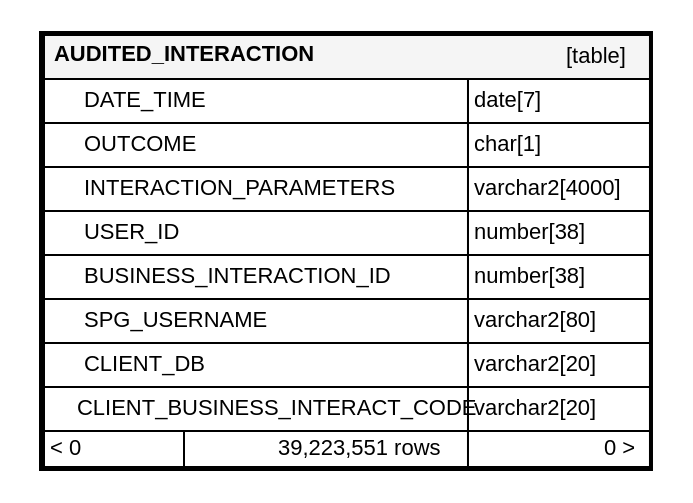
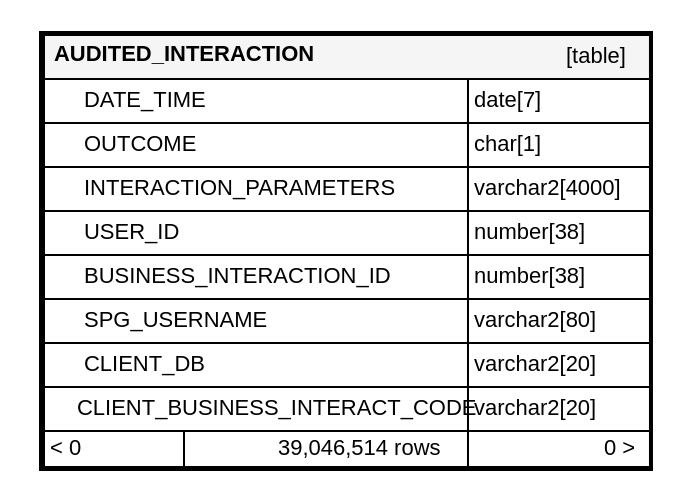
Before and after one commit to ministryofjustice/hmpps-probation-integration-services: the diagram in schema-spy-report/diagrams/orphans/AUDITED_INTERACTION.1degree.dot, drawn with Graphviz. The commit also changed 96 other files, not shown here.

```diff
--- a/schema-spy-report/diagrams/orphans/AUDITED_INTERACTION.1degree.dot
+++ b/schema-spy-report/diagrams/orphans/AUDITED_INTERACTION.1degree.dot
@@ -1,37 +1,37 @@
 digraph "AUDITED_INTERACTION" {
   graph [
     rankdir="RL"
     bgcolor="#ffffff"
     nodesep="0.18"
     ranksep="0.46"
     fontname="Helvetica"
     fontsize="11"
     ration="compress"
   ];
   node [
     fontname="Helvetica"
     fontsize="11"
     shape="plaintext"
   ];
   edge [
     arrowsize="0.8"
   ];
   "AUDITED_INTERACTION" [
    label=<
     <TABLE BORDER="2" CELLBORDER="1" CELLSPACING="0" BGCOLOR="#ffffff">
       <TR><TD COLSPAN="4"  BGCOLOR="#f5f5f5"><TABLE BORDER="0" CELLSPACING="0"><TR><TD ALIGN="LEFT"><B>AUDITED_INTERACTION</B></TD><TD ALIGN="RIGHT">[table]</TD></TR></TABLE></TD></TR>
       <TR><TD PORT="DATE_TIME" COLSPAN="2" ALIGN="LEFT"><TABLE BORDER="0" CELLSPACING="0" ALIGN="LEFT"><TR ALIGN="LEFT"><TD ALIGN="LEFT" FIXEDSIZE="TRUE" WIDTH="15" HEIGHT="16"></TD><TD ALIGN="LEFT" FIXEDSIZE="TRUE" WIDTH="191" HEIGHT="16">DATE_TIME</TD></TR></TABLE></TD><TD PORT="DATE_TIME.type" ALIGN="LEFT">date[7]</TD></TR>
       <TR><TD PORT="OUTCOME" COLSPAN="2" ALIGN="LEFT"><TABLE BORDER="0" CELLSPACING="0" ALIGN="LEFT"><TR ALIGN="LEFT"><TD ALIGN="LEFT" FIXEDSIZE="TRUE" WIDTH="15" HEIGHT="16"></TD><TD ALIGN="LEFT" FIXEDSIZE="TRUE" WIDTH="191" HEIGHT="16">OUTCOME</TD></TR></TABLE></TD><TD PORT="OUTCOME.type" ALIGN="LEFT">char[1]</TD></TR>
       <TR><TD PORT="INTERACTION_PARAMETERS" COLSPAN="2" ALIGN="LEFT"><TABLE BORDER="0" CELLSPACING="0" ALIGN="LEFT"><TR ALIGN="LEFT"><TD ALIGN="LEFT" FIXEDSIZE="TRUE" WIDTH="15" HEIGHT="16"></TD><TD ALIGN="LEFT" FIXEDSIZE="TRUE" WIDTH="191" HEIGHT="16">INTERACTION_PARAMETERS</TD></TR></TABLE></TD><TD PORT="INTERACTION_PARAMETERS.type" ALIGN="LEFT">varchar2[4000]</TD></TR>
       <TR><TD PORT="USER_ID" COLSPAN="2" ALIGN="LEFT"><TABLE BORDER="0" CELLSPACING="0" ALIGN="LEFT"><TR ALIGN="LEFT"><TD ALIGN="LEFT" FIXEDSIZE="TRUE" WIDTH="15" HEIGHT="16"></TD><TD ALIGN="LEFT" FIXEDSIZE="TRUE" WIDTH="191" HEIGHT="16">USER_ID</TD></TR></TABLE></TD><TD PORT="USER_ID.type" ALIGN="LEFT">number[38]</TD></TR>
       <TR><TD PORT="BUSINESS_INTERACTION_ID" COLSPAN="2" ALIGN="LEFT"><TABLE BORDER="0" CELLSPACING="0" ALIGN="LEFT"><TR ALIGN="LEFT"><TD ALIGN="LEFT" FIXEDSIZE="TRUE" WIDTH="15" HEIGHT="16"></TD><TD ALIGN="LEFT" FIXEDSIZE="TRUE" WIDTH="191" HEIGHT="16">BUSINESS_INTERACTION_ID</TD></TR></TABLE></TD><TD PORT="BUSINESS_INTERACTION_ID.type" ALIGN="LEFT">number[38]</TD></TR>
       <TR><TD PORT="SPG_USERNAME" COLSPAN="2" ALIGN="LEFT"><TABLE BORDER="0" CELLSPACING="0" ALIGN="LEFT"><TR ALIGN="LEFT"><TD ALIGN="LEFT" FIXEDSIZE="TRUE" WIDTH="15" HEIGHT="16"></TD><TD ALIGN="LEFT" FIXEDSIZE="TRUE" WIDTH="191" HEIGHT="16">SPG_USERNAME</TD></TR></TABLE></TD><TD PORT="SPG_USERNAME.type" ALIGN="LEFT">varchar2[80]</TD></TR>
       <TR><TD PORT="CLIENT_DB" COLSPAN="2" ALIGN="LEFT"><TABLE BORDER="0" CELLSPACING="0" ALIGN="LEFT"><TR ALIGN="LEFT"><TD ALIGN="LEFT" FIXEDSIZE="TRUE" WIDTH="15" HEIGHT="16"></TD><TD ALIGN="LEFT" FIXEDSIZE="TRUE" WIDTH="191" HEIGHT="16">CLIENT_DB</TD></TR></TABLE></TD><TD PORT="CLIENT_DB.type" ALIGN="LEFT">varchar2[20]</TD></TR>
       <TR><TD PORT="CLIENT_BUSINESS_INTERACT_CODE" COLSPAN="2" ALIGN="LEFT"><TABLE BORDER="0" CELLSPACING="0" ALIGN="LEFT"><TR ALIGN="LEFT"><TD ALIGN="LEFT" FIXEDSIZE="TRUE" WIDTH="15" HEIGHT="16"></TD><TD ALIGN="LEFT" FIXEDSIZE="TRUE" WIDTH="191" HEIGHT="16">CLIENT_BUSINESS_INTERACT_CODE</TD></TR></TABLE></TD><TD PORT="CLIENT_BUSINESS_INTERACT_CODE.type" ALIGN="LEFT">varchar2[20]</TD></TR>
-      <TR><TD ALIGN="LEFT" BGCOLOR="#ffffff">&lt; 0</TD><TD ALIGN="RIGHT" BGCOLOR="#ffffff">39,223,551 rows</TD><TD ALIGN="RIGHT" BGCOLOR="#ffffff">0 &gt;</TD></TR>
+      <TR><TD ALIGN="LEFT" BGCOLOR="#ffffff">&lt; 0</TD><TD ALIGN="RIGHT" BGCOLOR="#ffffff">39,046,514 rows</TD><TD ALIGN="RIGHT" BGCOLOR="#ffffff">0 &gt;</TD></TR>
     </TABLE>>
     URL="../../tables/AUDITED_INTERACTION.html"
     target="_top"
     tooltip="AUDITED_INTERACTION"
   ];
 }
```
